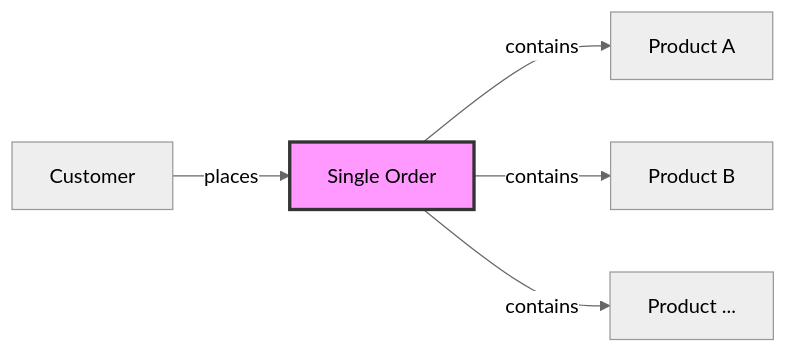
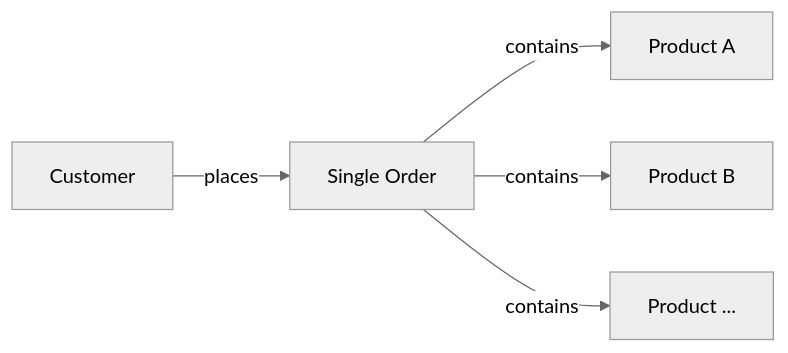
Before and after one commit to syedumaircodes/second-brain: the first of 2 diagrams in Grokking Relational Database Design/01-Introduction.md, drawn with Mermaid (neutral theme). The commit also changed 2 other files, not shown here.

Commit message:
weekly updates feb-14th

````diff
--- a/Grokking Relational Database Design/01-Introduction.md
+++ b/Grokking Relational Database Design/01-Introduction.md
@@ -23,9 +23,7 @@
 ```mermaid
 graph LR
     C[Customer] -- places --> O[Single Order]
     O -- contains --> P1[Product A]
     O -- contains --> P2[Product B]
     O -- contains --> Pn[Product ...]
-
-    style O fill:#f9f,stroke:#333,stroke-width:2pt
 ```
````
